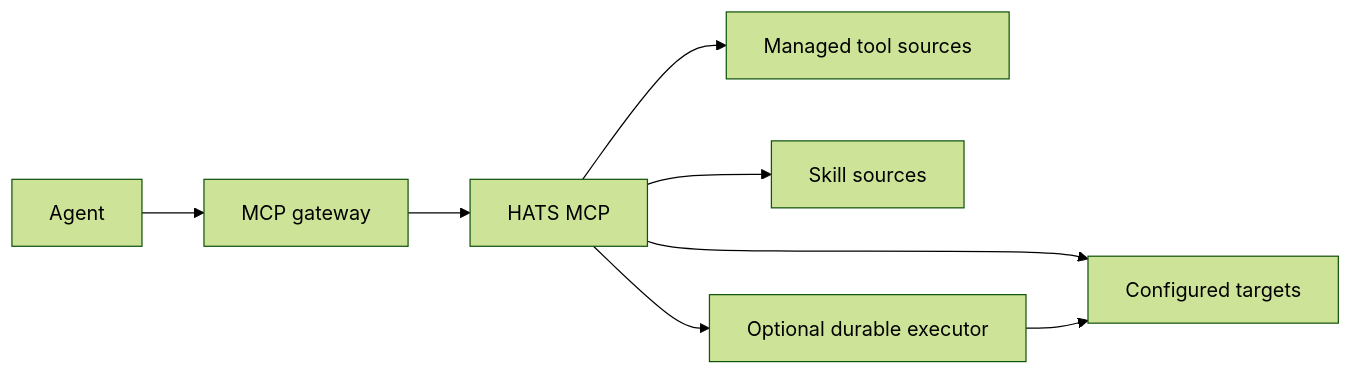
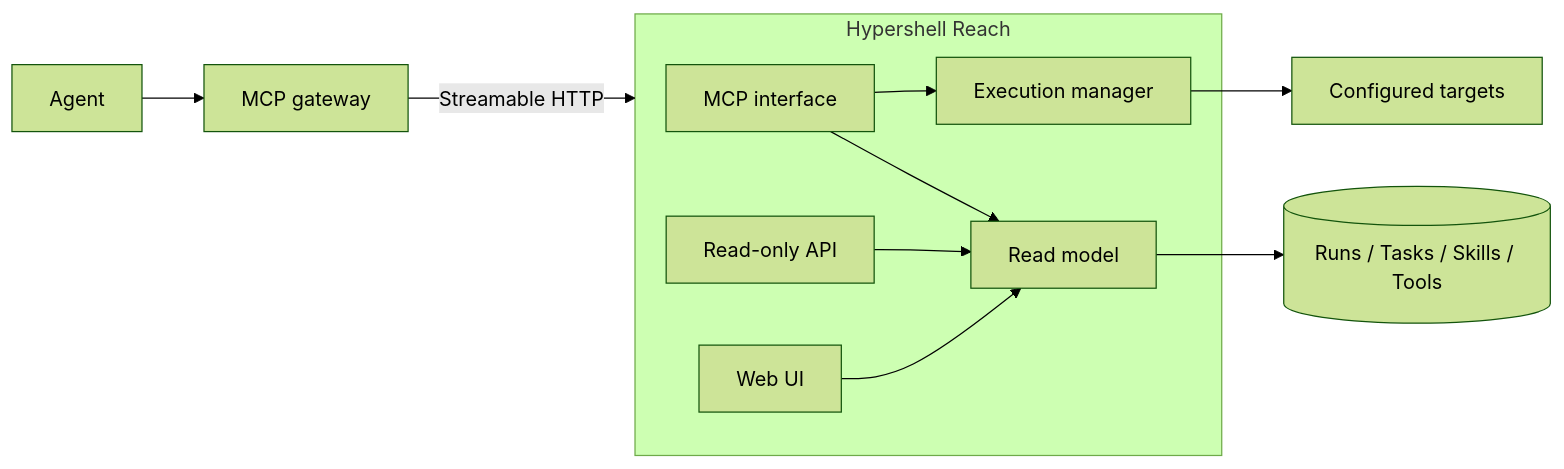
The diagram in README.md (X1pheR/hypershell-reach), drawn with Mermaid (forest theme) before and after one commit. The commit also changed other lines of this file and 84 other files, not shown here.

Commit message:
feat: launch Hypershell Reach unified capability service

````diff
--- a/README.md
+++ b/README.md
@@ -11,10 +9,20 @@
 ```mermaid
 flowchart LR
-    Agent[Agent] --> Gateway[MCP gateway]
-    Gateway --> HATS[HATS MCP]
-    HATS --> Targets[Configured targets]
-    HATS --> Tools[Managed tool sources]
-    HATS --> Skills[Skill sources]
-    HATS --> Executor[Optional durable executor]
-    Executor --> Targets
+    A[Agent] --> G[MCP gateway]
+    G -->|Streamable HTTP| R
+
+    subgraph R[Hypershell Reach]
+        MCP[MCP interface]
+        API[Read-only API]
+        UI[Web UI]
+        EX[Execution manager]
+        RM[Read model]
+        MCP --> EX
+        MCP --> RM
+        API --> RM
+        UI --> RM
+    end
+
+    EX --> T[Configured targets]
+    RM --> S[(Runs / Tasks / Skills / Tools)]
 ```
````
